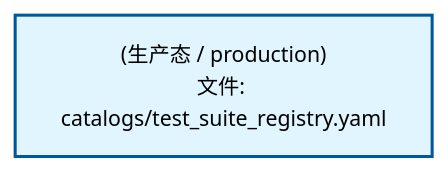
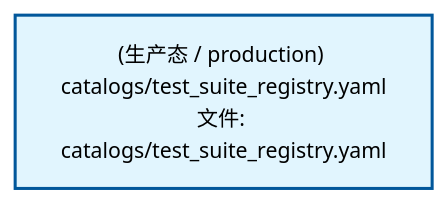
The first of 2 diagrams in docs/02_enterprise_architecture/02_domain_architecture_docs/33_d_audittest.md (xuanFelixVan/ZephyrAlpha), drawn with Mermaid before and after one commit. The commit also changed other lines of this file and 77 other files, not shown here.

````diff
--- a/docs/02_enterprise_architecture/02_domain_architecture_docs/33_d_audittest.md
+++ b/docs/02_enterprise_architecture/02_domain_architecture_docs/33_d_audittest.md
@@ -53,10 +53,10 @@
 ```mermaid
 %%{init: {'theme': 'base', 'themeVariables': {'primaryColor': '#eaeaea', 'primaryTextColor': '#333333', 'primaryBorderColor': '#666666', 'lineColor': '#666666', 'secondaryColor': '#eaeaea', 'tertiaryColor': '#eaeaea', 'fontSize': '14px'}}}%%
 flowchart TD
-    docs_01_policies_and_standards_registry_catalogs_test_suite_registry_yaml["(生产态 / production)<br/>文件: catalogs/test_suite_registry.yaml"]
+    docs_01_policies_and_standards_registry_catalogs_test_suite_registry_yaml["(生产态 / production) catalogs/test_suite_registry.yaml<br/>文件: catalogs/test_suite_registry.yaml"]
     classDef production fill:#e1f5fe,stroke:#01579b,stroke-width:2px,color:#000
     classDef design fill:#fff3e0,stroke:#e65100,stroke-width:2px,color:#000,stroke-dasharray: 5 5
     classDef external_prod fill:#e8f4fd,stroke:#0277bd,stroke-width:1px,color:#000
     classDef external_design fill:#fff8e7,stroke:#ef6c00,stroke-width:1px,color:#000,stroke-dasharray: 5 5
     class docs_01_policies_and_standards_registry_catalogs_test_suite_registry_yaml production
 ```
````
